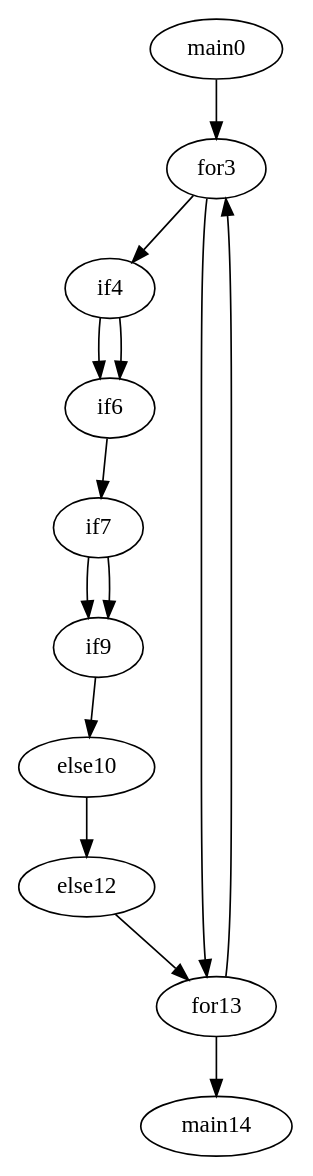
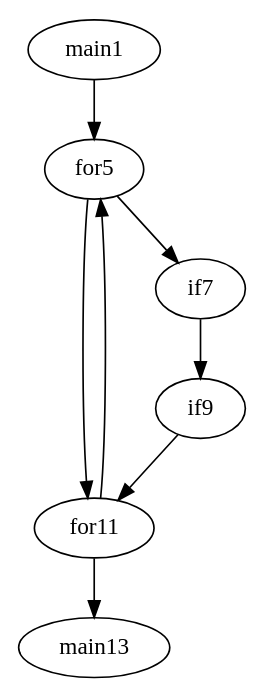
Before and after one commit to ShahriyarHridoy/SPL-1: the diagram in Control Flow Graph Analyzer for C/SPL-Final/check.dot, drawn with Graphviz. The commit also changed 9 other files, not shown here.

```diff
--- a/Control Flow Graph Analyzer for C/SPL-Final/check.dot
+++ b/Control Flow Graph Analyzer for C/SPL-Final/check.dot
@@ -1,7 +1,5 @@
 digraph G { 
-  main0  ->  for3  ->  if4  ->  if6  ->  if7  ->  if9  ->  else10  ->  else12  ->  for13  ->  main14 
-if4  ->if6 
-if7  ->if9 
-for13  ->for3 
-for3  ->for13
+ 
+for5  ->for11  main1  ->  for5  ->  if7  ->  if9  ->  for11  ->  main13 
+for11  ->for5
  } 
```
